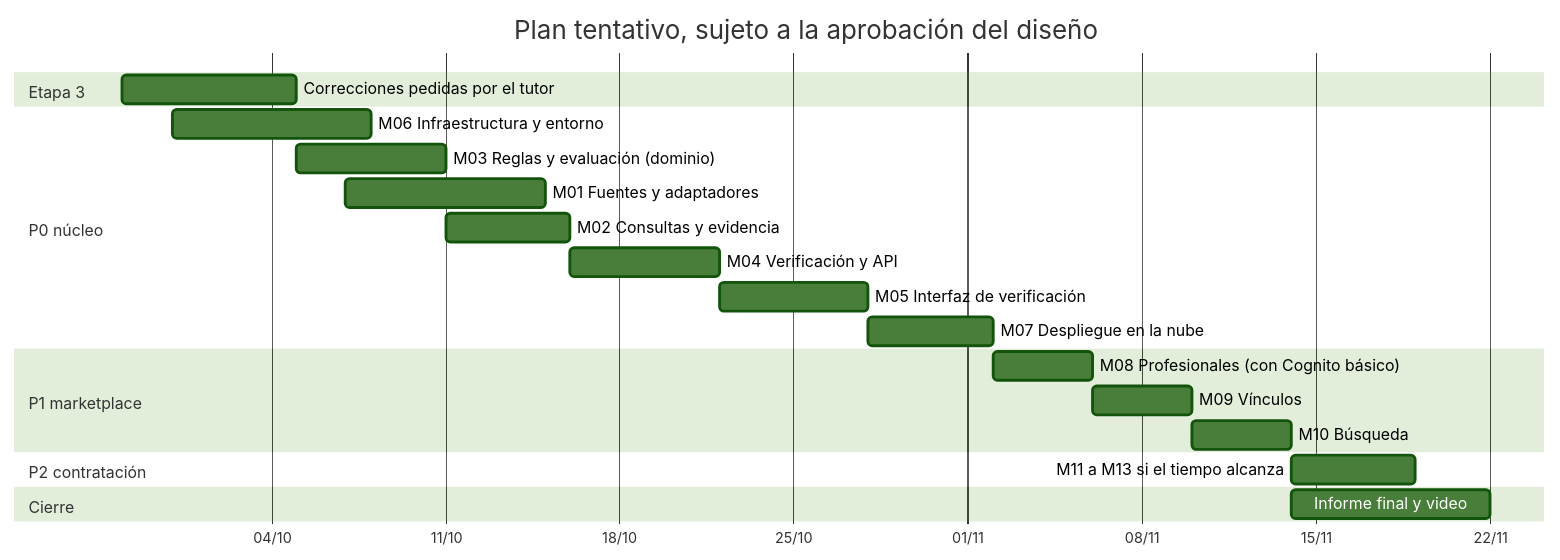
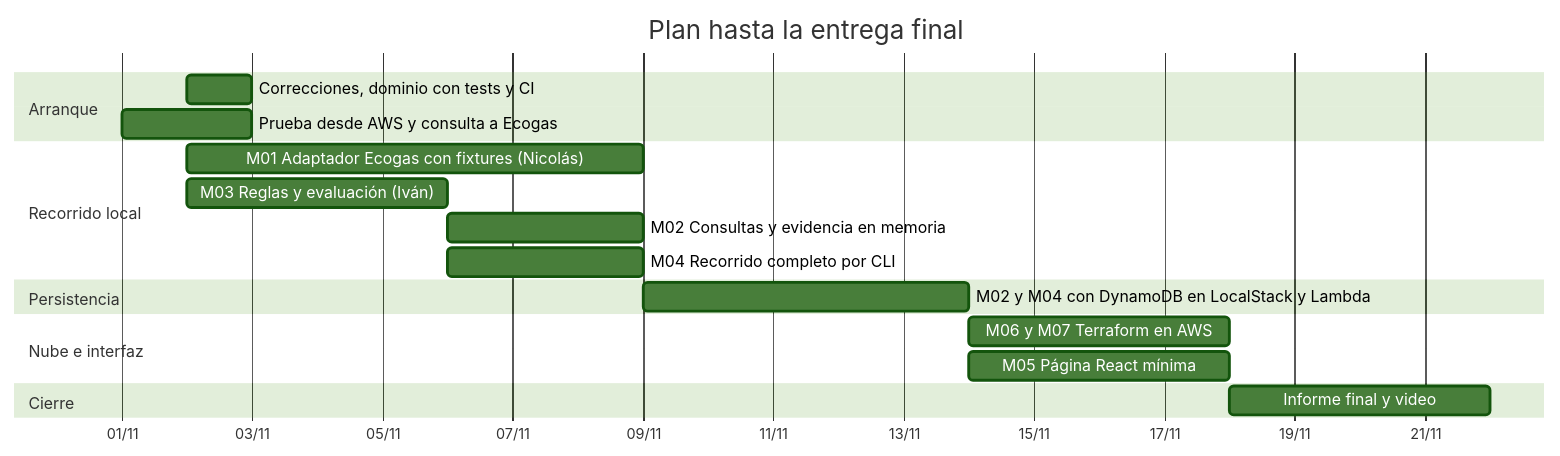
The second of 2 diagrams in docs/modulos.md (IvanDaniliuk01/MatriculAR), drawn with Mermaid (forest theme) before and after one commit. The commit also changed other lines of this file and 62 other files, not shown here.

````diff
--- a/docs/modulos.md
+++ b/docs/modulos.md
@@ -258,29 +269,26 @@
 ```mermaid
 gantt
-    title Plan tentativo, sujeto a la aprobación del diseño
+    title Plan hasta la entrega final
     dateFormat YYYY-MM-DD
     axisFormat %d/%m
 
-    section Etapa 3
-    Correcciones pedidas por el tutor           :e3, 2026-09-28, 7d
+    section Arranque
+    Correcciones, dominio con tests y CI             :a1, 2026-11-02, 1d
+    Prueba desde AWS y consulta a Ecogas             :a2, 2026-11-01, 2d
 
-    section P0 núcleo
-    M06 Infraestructura y entorno               :m06, 2026-09-30, 8d
-    M03 Reglas y evaluación (dominio)           :m03, 2026-10-05, 6d
-    M01 Fuentes y adaptadores                   :m01, 2026-10-07, 8d
-    M02 Consultas y evidencia                   :m02, after m03, 5d
-    M04 Verificación y API                      :m04, after m01 m02, 6d
-    M05 Interfaz de verificación                :m05, after m04, 6d
-    M07 Despliegue en la nube                   :m07, after m05, 5d
+    section Recorrido local
+    M01 Adaptador Ecogas con fixtures (Nicolás)      :m01, 2026-11-02, 7d
+    M03 Reglas y evaluación (Iván)                   :m03, 2026-11-02, 4d
+    M02 Consultas y evidencia en memoria             :m02, after m03, 3d
+    M04 Recorrido completo por CLI                   :m04, 2026-11-06, 3d
 
-    section P1 marketplace
-    M08 Profesionales (con Cognito básico)      :m08, after m07, 4d
-    M09 Vínculos                                :m09, after m08, 4d
-    M10 Búsqueda                                :m10, after m09, 4d
+    section Persistencia
+    M02 y M04 con DynamoDB en LocalStack y Lambda    :m06, 2026-11-09, 5d
 
-    section P2 contratación
-    M11 a M13 si el tiempo alcanza              :p2, after m10, 5d
+    section Nube e interfaz
+    M06 y M07 Terraform en AWS                       :m07, 2026-11-14, 4d
+    M05 Página React mínima                          :m05, 2026-11-14, 4d
 
     section Cierre
-    Informe final y video                       :cierre, 2026-11-14, 8d
+    Informe final y video                            :cierre, 2026-11-18, 4d
 ```
````
